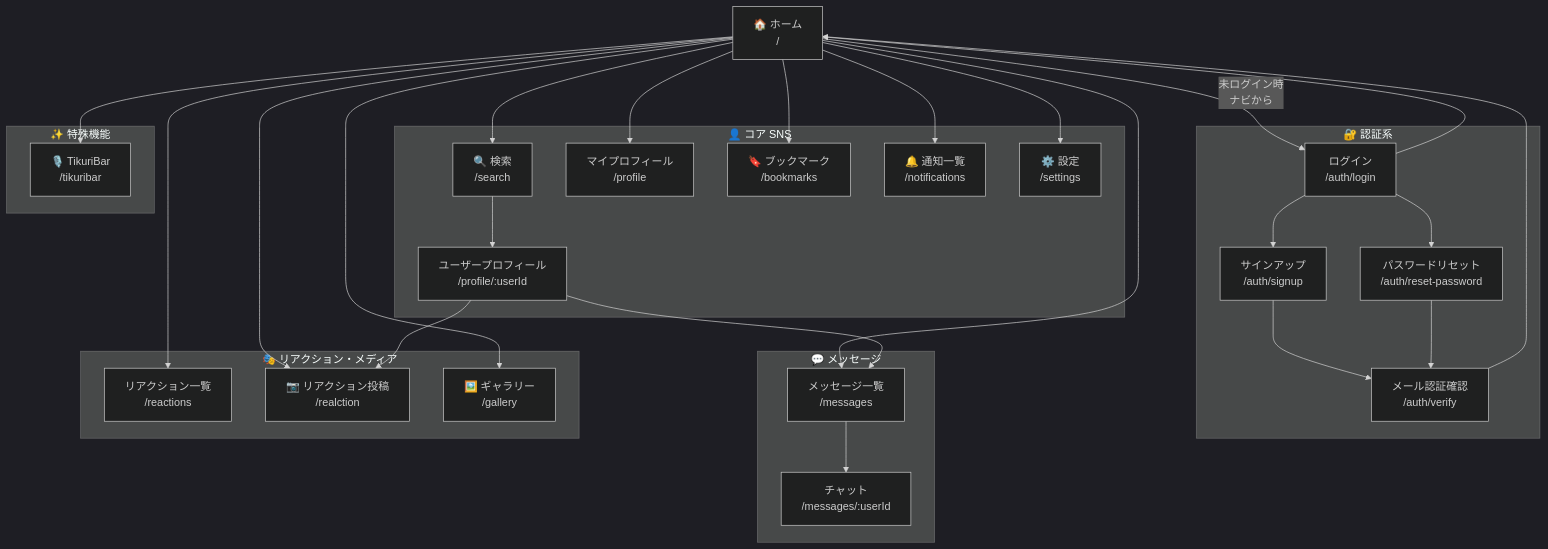
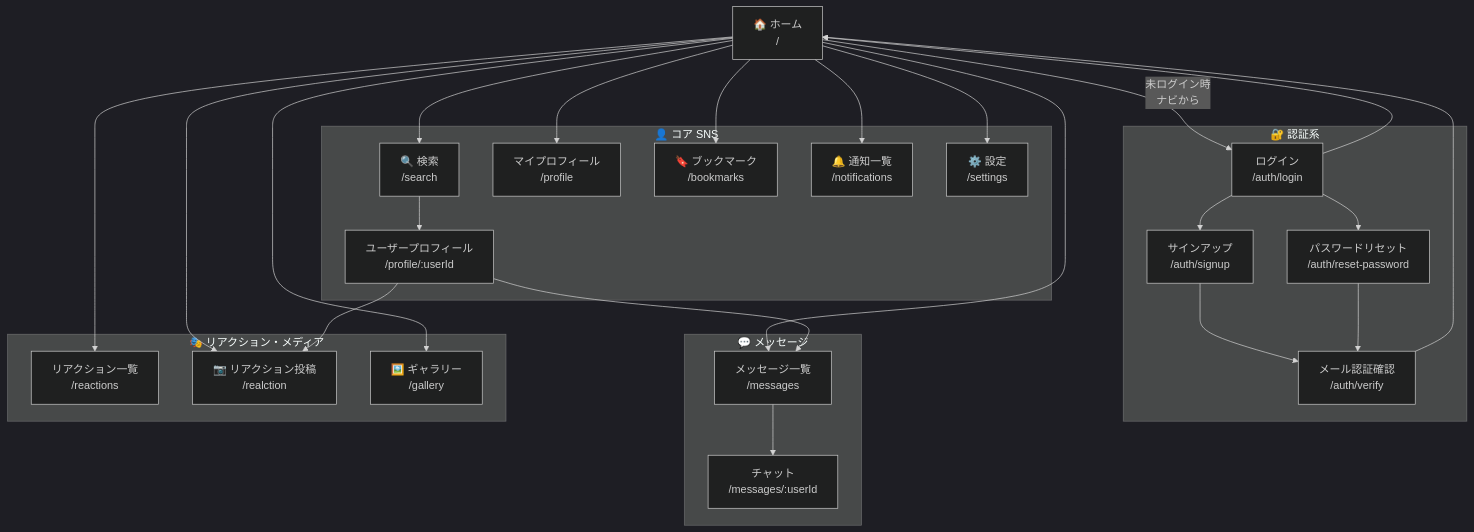
Before and after one commit to jyogi-web/Jyogi_SNS: the first of 6 diagrams in docs/03_screen-flow.md, drawn with Mermaid (dark theme). The commit also changed other lines of this file and 19 other files, not shown here.

````diff
--- a/docs/03_screen-flow.md
+++ b/docs/03_screen-flow.md
@@ -100,59 +92,53 @@
 ```mermaid
 flowchart TD
     HOME["🏠 ホーム\n/"]
 
     subgraph AUTH["🔐 認証系"]
         LOGIN["ログイン\n/auth/login"]
         SIGNUP["サインアップ\n/auth/signup"]
         VERIFY["メール認証確認\n/auth/verify"]
         RESET["パスワードリセット\n/auth/reset-password"]
     end
 
     subgraph CORE["👤 コア SNS"]
         SEARCH["🔍 検索\n/search"]
         MY_PROF["マイプロフィール\n/profile"]
         USER_PROF["ユーザープロフィール\n/profile/:userId"]
         BOOKMARKS["🔖 ブックマーク\n/bookmarks"]
         NOTIF["🔔 通知一覧\n/notifications"]
         SETTINGS["⚙️ 設定\n/settings"]
     end
 
     subgraph MSG["💬 メッセージ"]
         MSG_LIST["メッセージ一覧\n/messages"]
         CHAT["チャット\n/messages/:userId"]
     end
 
     subgraph MEDIA["🎭 リアクション・メディア"]
         REACTIONS["リアクション一覧\n/reactions"]
         REALCTION["📷 リアクション投稿\n/realction"]
         GALLERY["🖼️ ギャラリー\n/gallery"]
     end
 
-    subgraph SPECIAL["✨ 特殊機能"]
-        TIKURIBAR["🎙️ TikuriBar\n/tikuribar"]
-    end
-
     HOME -->|"未ログイン時\nナビから"| LOGIN
     LOGIN --> HOME
     LOGIN --> SIGNUP
     LOGIN --> RESET
     SIGNUP --> VERIFY
     RESET --> VERIFY
     VERIFY --> HOME
 
     HOME --> SEARCH
     HOME --> MY_PROF
     HOME --> BOOKMARKS
     HOME --> NOTIF
     HOME --> SETTINGS
     HOME --> MSG_LIST
     MSG_LIST --> CHAT
     HOME --> REACTIONS
     HOME --> REALCTION
     HOME --> GALLERY
-    HOME --> TIKURIBAR
-
     SEARCH --> USER_PROF
     USER_PROF --> MSG_LIST
     USER_PROF --> REALCTION
 ```
````
